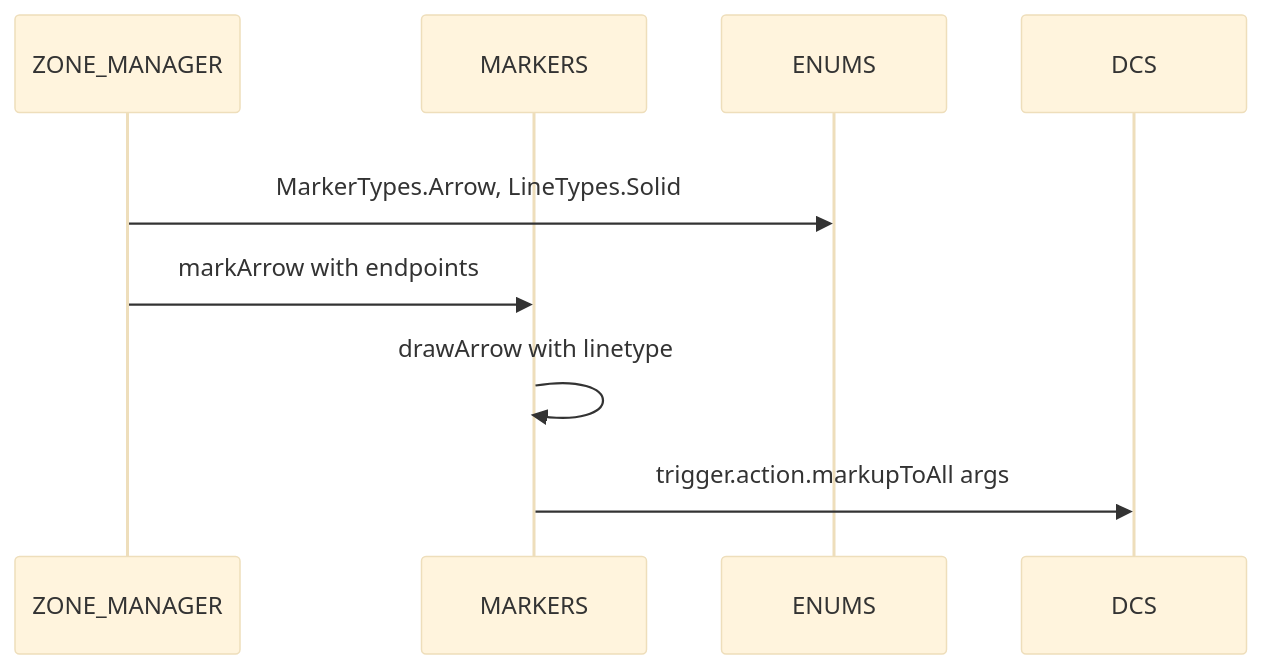
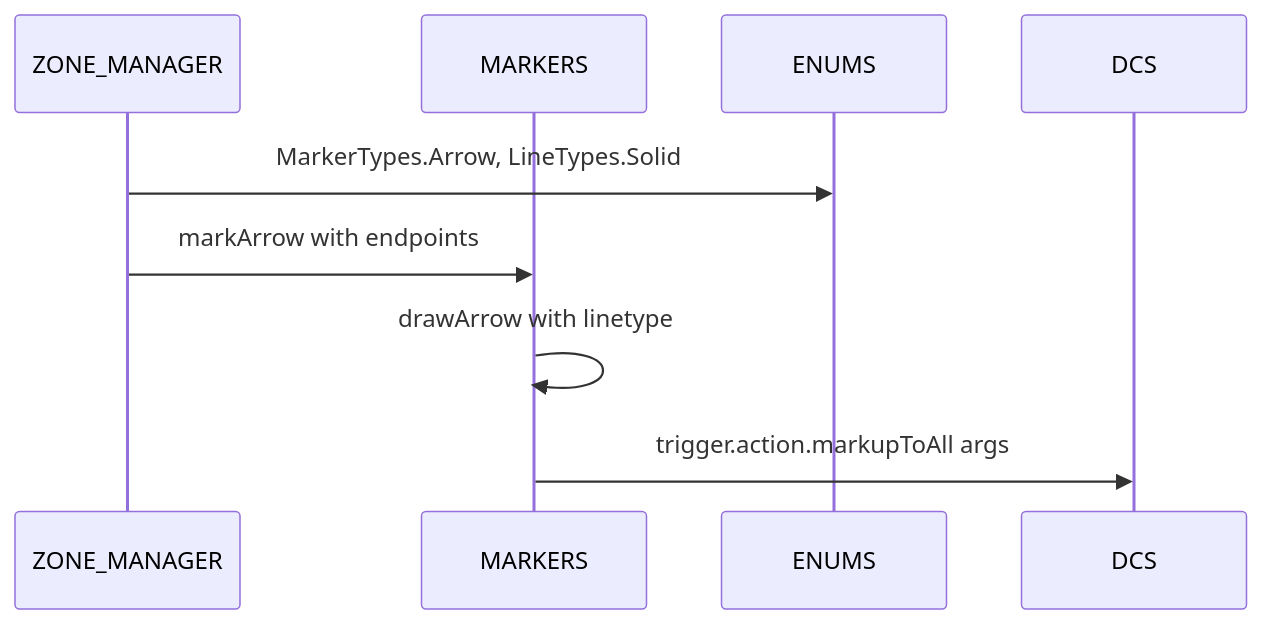
The third of 4 diagrams in docs/enums/lines_and_markers.md (Gh0st352/AETHR), drawn with Mermaid before and after one commit. The commit also changed other lines of this file and 20 other files, not shown here.

First line of the commit message:
docs: unify mermaid themes and clarify module graphs

````diff
--- a/docs/enums/lines_and_markers.md
+++ b/docs/enums/lines_and_markers.md
@@ -91,14 +75,13 @@
 ```mermaid
-%%{init: {"theme":"base"}}%%
+%% shared theme: docs/_mermaid/theme.json %%
 sequenceDiagram
   participant ZM as ZONE_MANAGER
   participant MK as MARKERS
   participant EN as ENUMS
+  participant DCS as DCS
 
-  rect rgba(255, 255, 255, 0.75)
-    ZM->>EN: MarkerTypes.Arrow, LineTypes.Solid
-    ZM->>MK: markArrow with endpoints
-    MK->>MK: drawArrow with linetype
-    MK->>DCS: trigger.action.markupToAll args
-  end
+  ZM->>EN: MarkerTypes.Arrow, LineTypes.Solid
+  ZM->>MK: markArrow with endpoints
+  MK->>MK: drawArrow with linetype
+  MK->>DCS: trigger.action.markupToAll args
 ```
````
